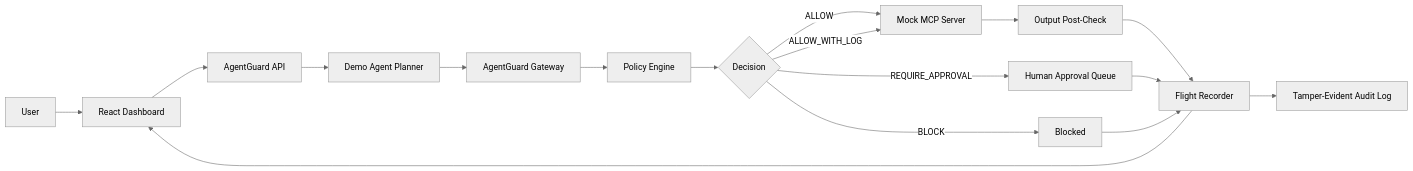
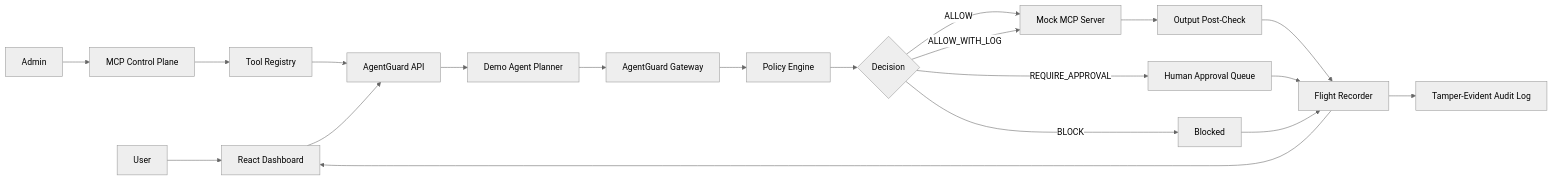
Before and after one commit to KC3213/agentguard-mcp-security-gateway: the first of 2 diagrams in agentguard/docs/11-end-to-end-workflow.md, drawn with Mermaid (neutral theme). The commit also changed other lines of this file and 6 other files, not shown here.

Commit message:
Document MCP control plane workflow

````diff
--- a/agentguard/docs/11-end-to-end-workflow.md
+++ b/agentguard/docs/11-end-to-end-workflow.md
@@ -15,19 +15,22 @@
 ```mermaid
 flowchart LR
   User["User"] --> UI["React Dashboard"]
+  Admin["Admin"] --> ControlPlane["MCP Control Plane"]
+  ControlPlane --> Registry["Tool Registry"]
+  Registry --> API
   UI --> API["AgentGuard API"]
   API --> Planner["Demo Agent Planner"]
   Planner --> Gateway["AgentGuard Gateway"]
   Gateway --> Policy["Policy Engine"]
   Policy --> Decision{"Decision"}
   Decision -->|ALLOW| MCP["Mock MCP Server"]
   Decision -->|ALLOW_WITH_LOG| MCP
   Decision -->|REQUIRE_APPROVAL| Approval["Human Approval Queue"]
   Decision -->|BLOCK| Blocked["Blocked"]
   MCP --> PostCheck["Output Post-Check"]
   PostCheck --> Recorder["Flight Recorder"]
   Approval --> Recorder
   Blocked --> Recorder
   Recorder --> Audit["Tamper-Evident Audit Log"]
   Recorder --> UI
 ```
````
